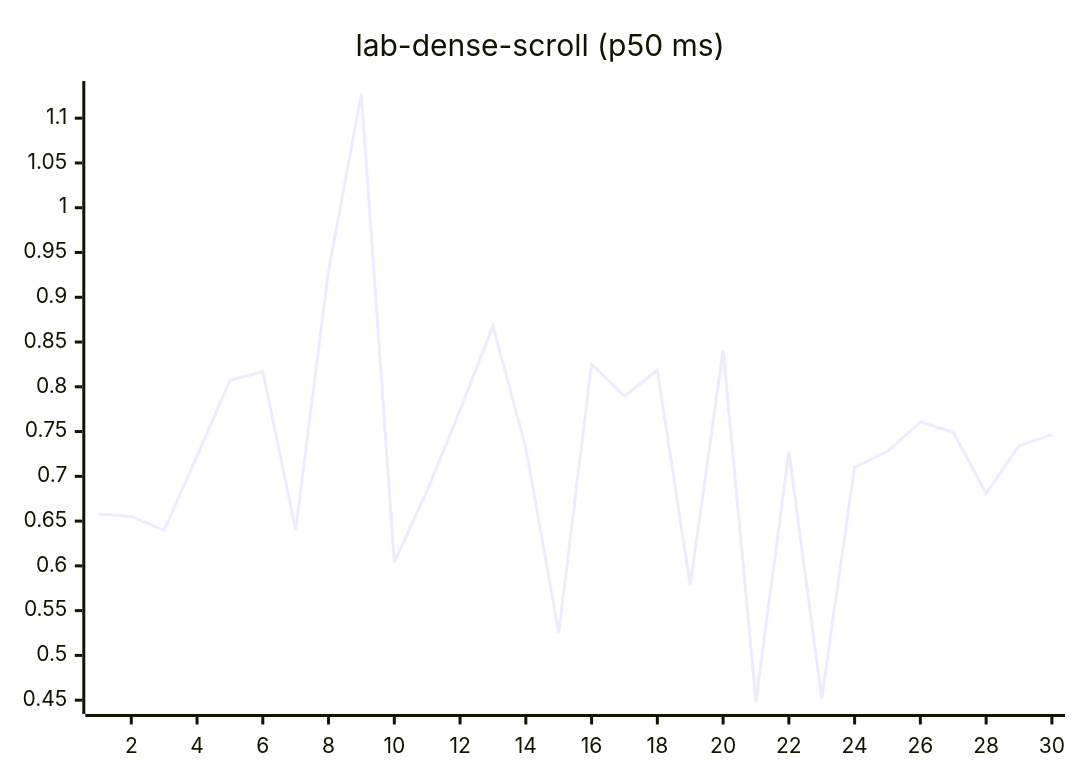
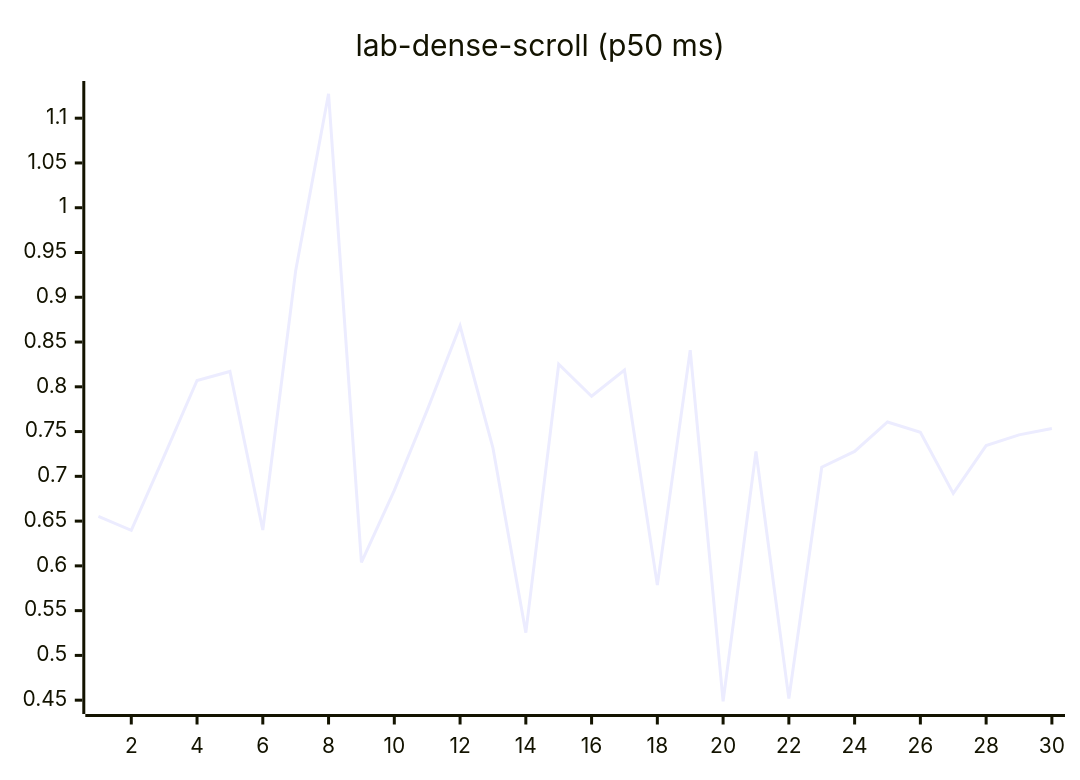
Before and after one commit to josha/Facet: diagram 12 of 27 in README.md, drawn with Mermaid. The commit also changed other lines of this file and 2 other files, not shown here.

````diff
--- a/README.md
+++ b/README.md
@@ -140,6 +140,6 @@
 ```mermaid
 xychart-beta
     title "lab-dense-scroll (p50 ms)"
     x-axis 1 --> 30
-    line [0.6580, 0.6552, 0.6397, 0.7226, 0.8071, 0.8171, 0.6401, 0.9297, 1.1273, 0.6038, 0.6843, 0.7739, 0.8680, 0.7317, 0.5254, 0.8252, 0.7895, 0.8186, 0.5785, 0.8409, 0.4488, 0.7278, 0.4517, 0.7102, 0.7278, 0.7607, 0.7492, 0.6810, 0.7343, 0.7463]
+    line [0.6552, 0.6397, 0.7226, 0.8071, 0.8171, 0.6401, 0.9297, 1.1273, 0.6038, 0.6843, 0.7739, 0.8680, 0.7317, 0.5254, 0.8252, 0.7895, 0.8186, 0.5785, 0.8409, 0.4488, 0.7278, 0.4517, 0.7102, 0.7278, 0.7607, 0.7492, 0.6810, 0.7343, 0.7463, 0.7534]
 ```
````
